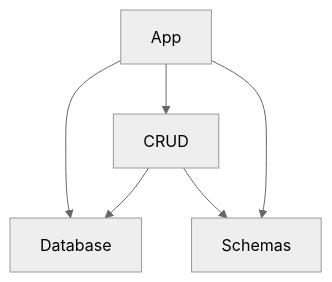
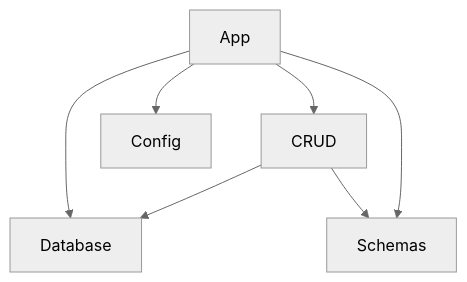
The diagram in services/device-management-service/README.md (alextroshin/Home-Automation-System), drawn with Mermaid (neutral theme) before and after one commit. The commit also changed other lines of this file and 7 other files, not shown here.

````diff
--- a/services/device-management-service/README.md
+++ b/services/device-management-service/README.md
@@ -44,8 +69,9 @@
 ```mermaid
 graph TD
     App --> CRUD
     App --> Database
     CRUD --> Database
     CRUD --> Schemas
     App --> Schemas
+    App --> Config
 ```
````
